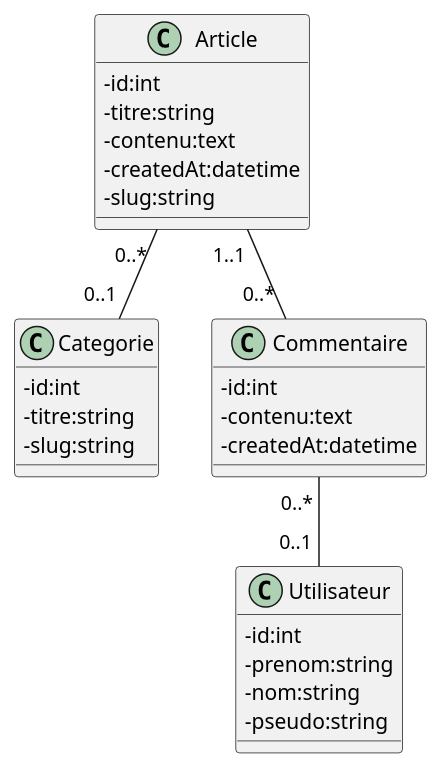
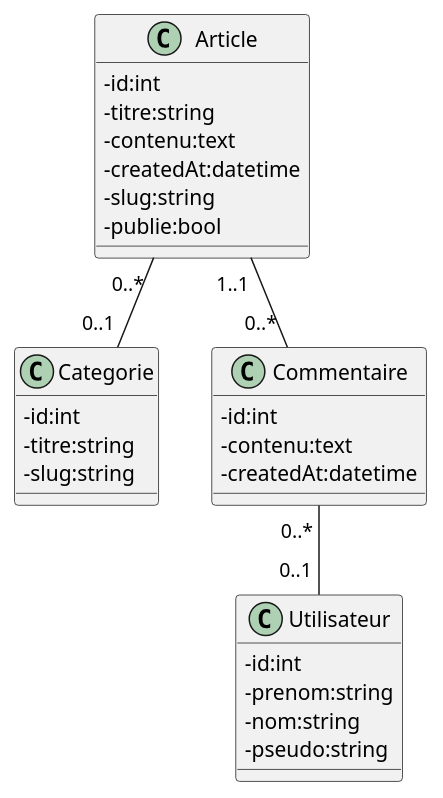
One commit to RomainFerr/projet-blog-symfony changed the diagram in documentations/diagramme de classe.puml. Above: the diagram before and after it, drawn with PlantUML. The commit also changed 23 other files, not shown here.

```diff
--- a/documentations/diagramme de classe.puml
+++ b/documentations/diagramme de classe.puml
@@ -1,31 +1,32 @@
 @startuml
 skinparam classAttributeIconsize 0
 class Article{
 -id:int
 -titre:string
 -contenu:text
 -createdAt:datetime
 -slug:string
+-publie:bool
 }
 class Categorie{
 -id:int
 -titre:string
 -slug:string
 }
 class Commentaire{
 -id:int
 -contenu:text
 -createdAt:datetime
 }
 class Utilisateur{
 -id:int
 -prenom:string
 -nom:string
 -pseudo:string
 }
 
 Commentaire"0..* "--"0..1 "Utilisateur
 Article"1..1 "--"0..* "Commentaire
 Article"0..* "--"0..1 "Categorie
 
 @enduml
```
